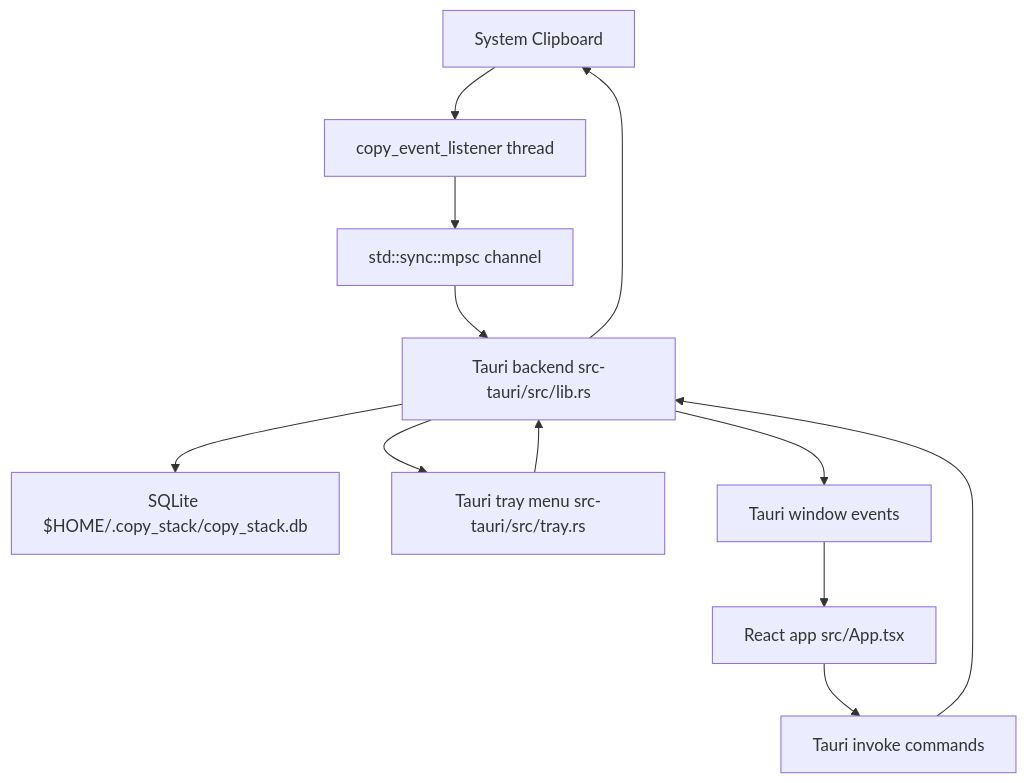
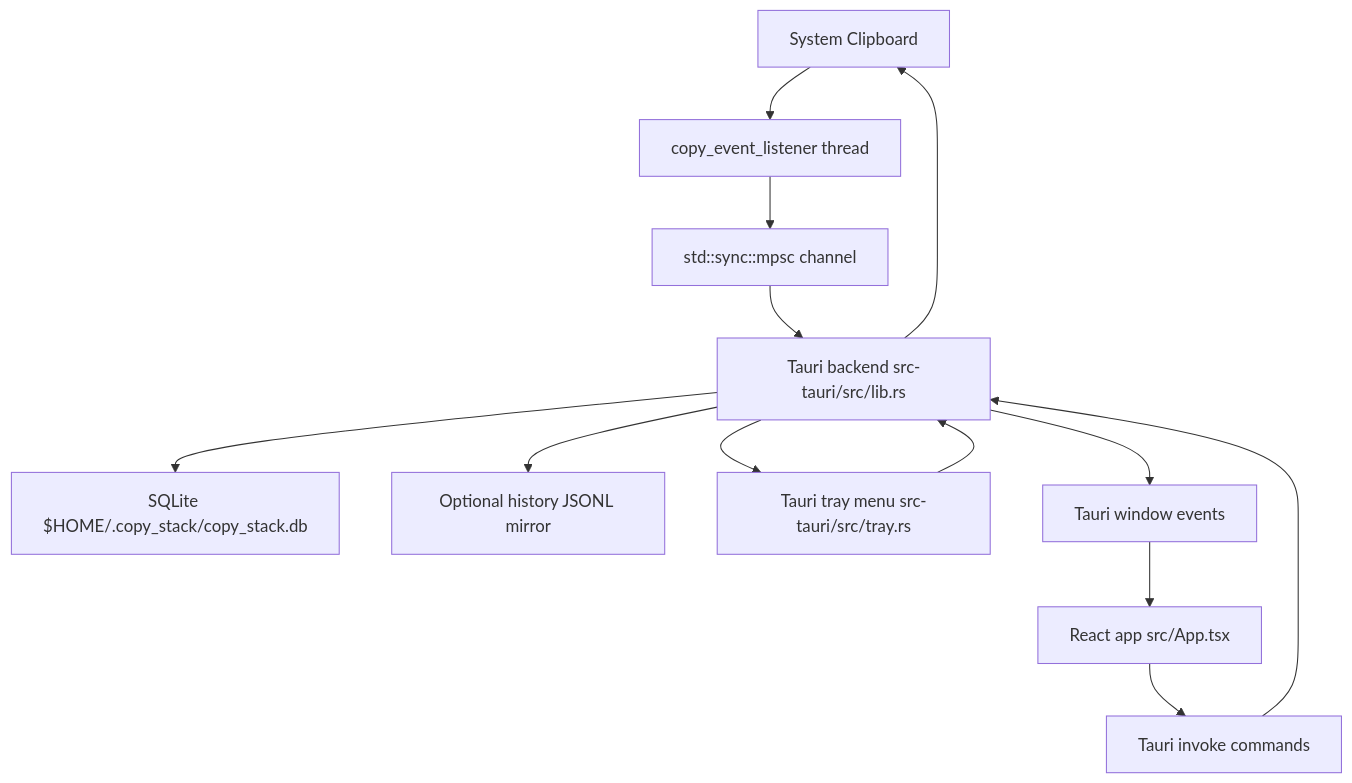
Before and after one commit to vdpw/copy_stack: the diagram in docs/architecture.md, drawn with Mermaid. The commit also changed other lines of this file and 15 other files, not shown here.

````diff
--- a/docs/architecture.md
+++ b/docs/architecture.md
@@ -5,14 +5,15 @@
 ```mermaid
 flowchart TD
   OS["System Clipboard"] --> Listener["copy_event_listener thread"]
   Listener --> Channel["std::sync::mpsc channel"]
   Channel --> Tauri["Tauri backend src-tauri/src/lib.rs"]
   Tauri --> DB["SQLite $HOME/.copy_stack/copy_stack.db"]
+  Tauri --> JSONL["Optional history JSONL mirror"]
   Tauri --> Tray["Tauri tray menu src-tauri/src/tray.rs"]
   Tauri --> Events["Tauri window events"]
   UI["React app src/App.tsx"] --> Commands["Tauri invoke commands"]
   Commands --> Tauri
   Events --> UI
   Tray --> Tauri
   Tauri --> OS
 ```
````
